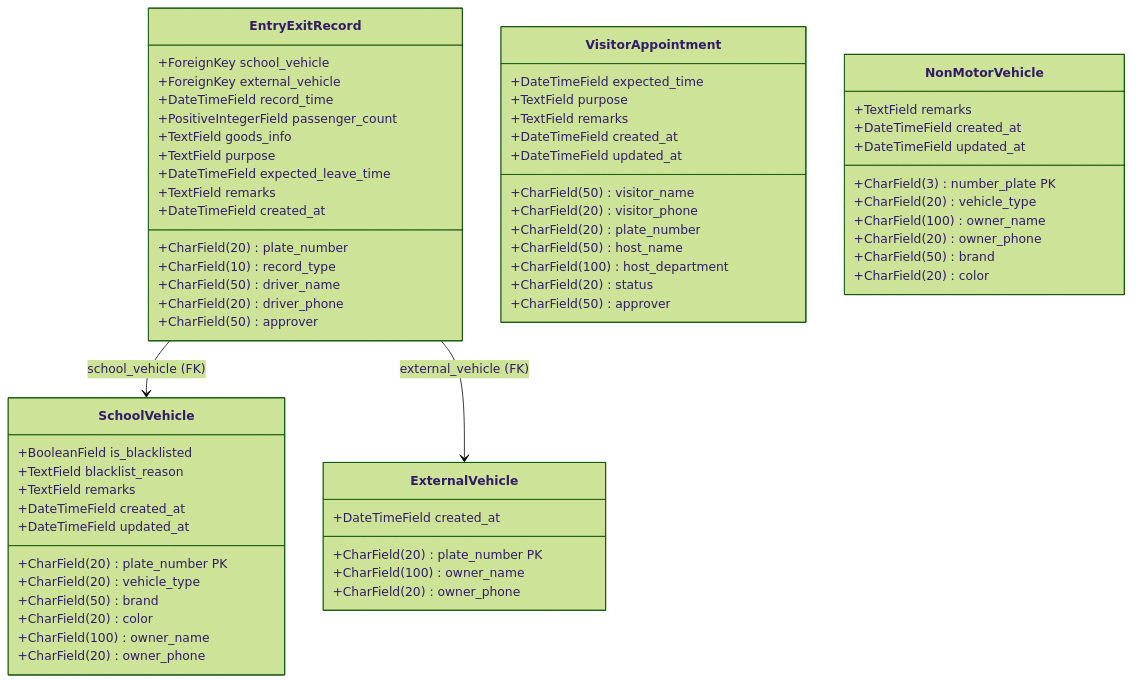
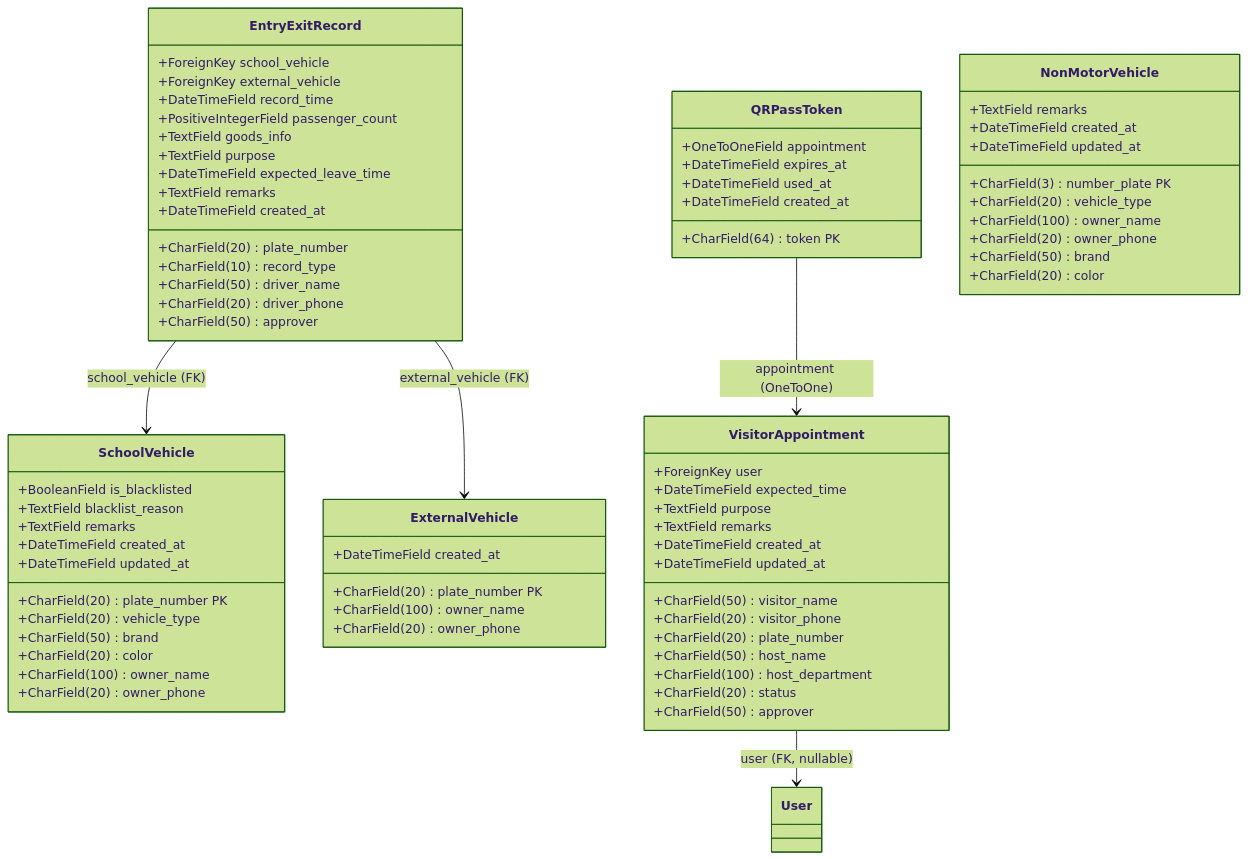
One commit to hsw0079/OverClassProject-wsl changed the diagram in 实体属性图.md. Above: the diagram before and after it, drawn with Mermaid (forest theme). The commit also changed other lines of this file and 3899 other files, not shown here.

````diff
--- a/实体属性图.md
+++ b/实体属性图.md
@@ -49,6 +49,7 @@
     }
 
     class VisitorAppointment {
+        +ForeignKey user
         +CharField(50) visitor_name
         +CharField(20) visitor_phone
         +CharField(20) plate_number
@@ -61,6 +62,14 @@
         +TextField remarks
         +DateTimeField created_at
         +DateTimeField updated_at
+    }
+
+    class QRPassToken {
+        +OneToOneField appointment
+        +CharField(64) token PK
+        +DateTimeField expires_at
+        +DateTimeField used_at
+        +DateTimeField created_at
     }
 
     class NonMotorVehicle {
@@ -77,4 +86,6 @@
 
     EntryExitRecord --> SchoolVehicle : school_vehicle (FK)
     EntryExitRecord --> ExternalVehicle : external_vehicle (FK)
+    VisitorAppointment --> User : user (FK, nullable)
+    QRPassToken --> VisitorAppointment : appointment (OneToOne)
 ```
````
